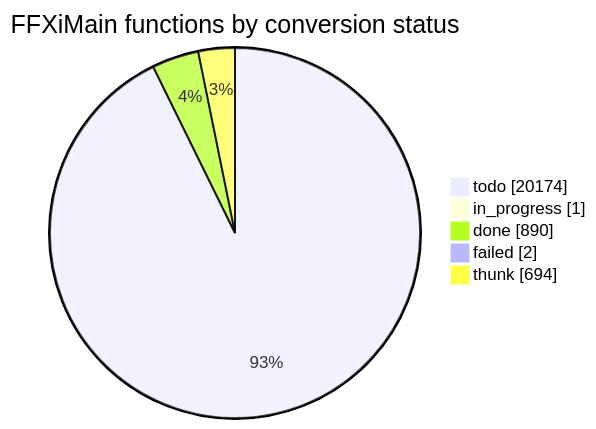
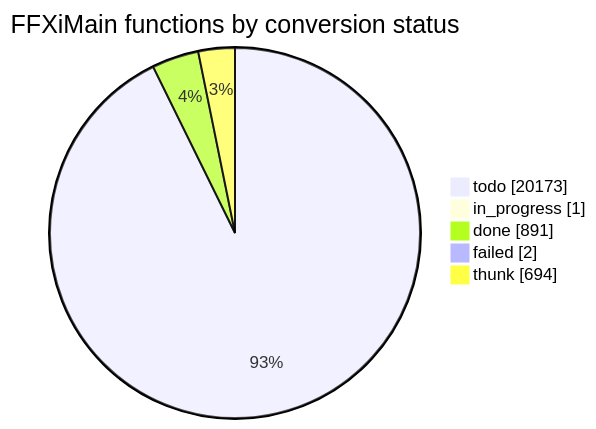
Before and after one commit to cowrevenge/cow_kuluu_xi_anything: the diagram in docs/cow/STATUS.md, drawn with Mermaid. The commit also changed other lines of this file and 9 other files, not shown here.

````diff
--- a/docs/cow/STATUS.md
+++ b/docs/cow/STATUS.md
@@ -18,9 +18,9 @@
 ```mermaid
 pie showData
     title FFXiMain functions by conversion status
-    "todo" : 20174
+    "todo" : 20173
     "in_progress" : 1
-    "done" : 890
+    "done" : 891
     "failed" : 2
     "thunk" : 694
 ```
````
